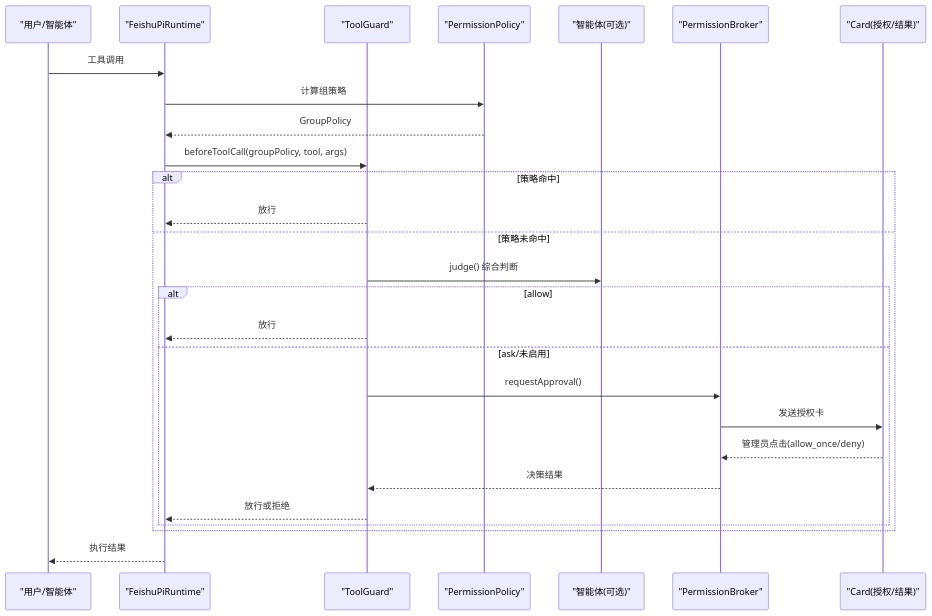
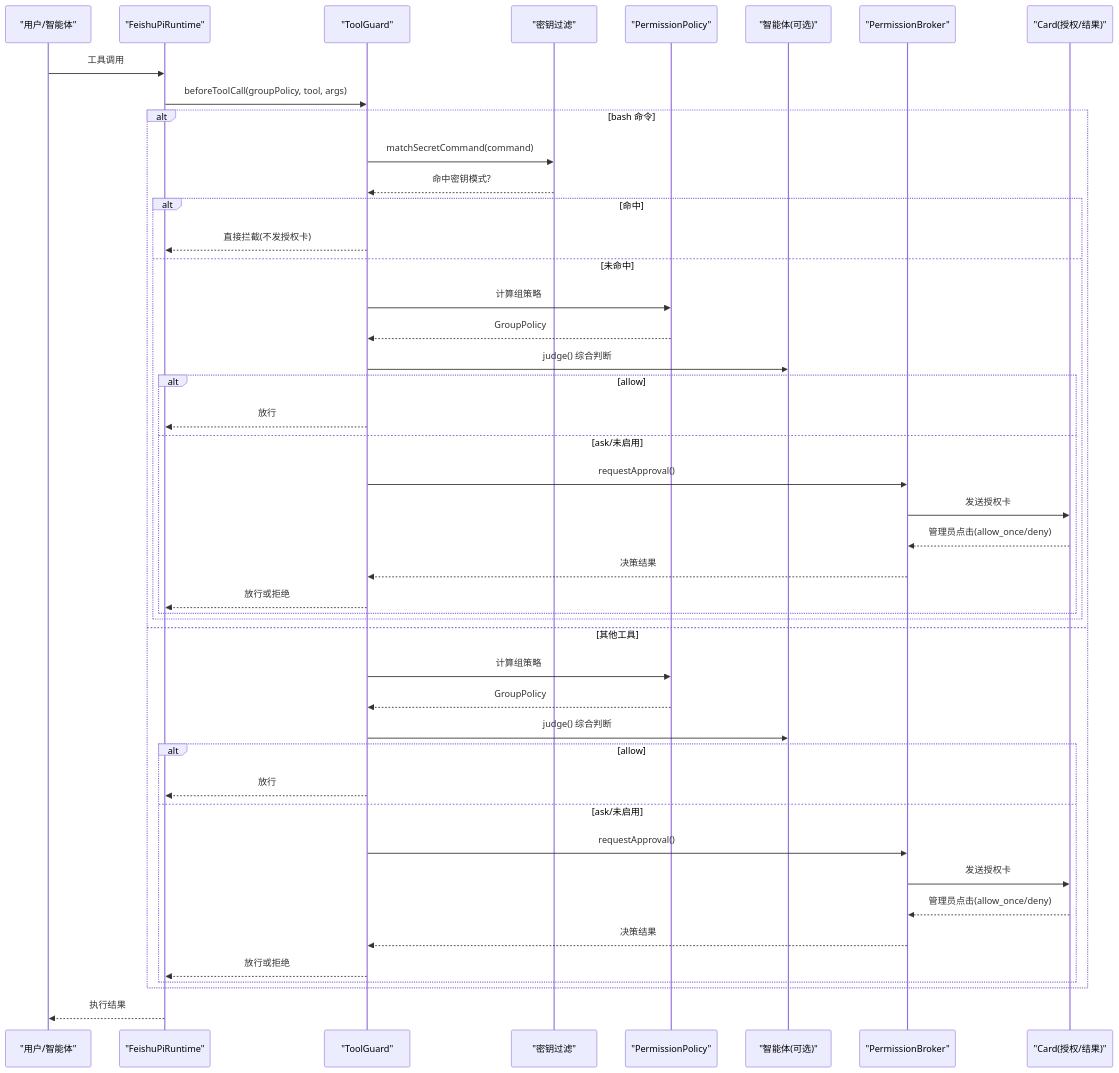
One commit to HeXiaoShu520/feishu-pi changed the second of 7 diagrams in .qoder/repowiki/zh/content/脚本工具系统/安全控制/安全控制.md. Above: the diagram before and after it, drawn with Mermaid. The commit also changed other lines of this file and 47 other files, not shown here.

````diff
--- a/.qoder/repowiki/zh/content/脚本工具系统/安全控制/安全控制.md
+++ b/.qoder/repowiki/zh/content/脚本工具系统/安全控制/安全控制.md
@@ -132,29 +157,47 @@
 ```mermaid
 sequenceDiagram
 participant U as "用户/智能体"
 participant R as "FeishuPiRuntime"
 participant G as "ToolGuard"
+participant KF as "密钥过滤"
 participant P as "PermissionPolicy"
 participant J as "智能体(可选)"
 participant B as "PermissionBroker"
 participant C as "Card(授权/结果)"
 U->>R : 工具调用
-R->>P : 计算组策略
-P-->>R : GroupPolicy
 R->>G : beforeToolCall(groupPolicy, tool, args)
-alt 策略命中
+alt bash 命令
+G->>KF : matchSecretCommand(command)
+KF-->>G : 命中密钥模式?
+alt 命中
+G-->>R : 直接拦截(不发授权卡)
+else 未命中
+G->>P : 计算组策略
+P-->>G : GroupPolicy
+G->>J : judge() 综合判断
+alt allow
 G-->>R : 放行
-else 策略未命中
+else ask/未启用
+G->>B : requestApproval()
+B->>C : 发送授权卡
+C-->>B : 管理员点击(allow_once/deny)
+B-->>G : 决策结果
+G-->>R : 放行或拒绝
+end
+end
+else 其他工具
+G->>P : 计算组策略
+P-->>G : GroupPolicy
 G->>J : judge() 综合判断
 alt allow
 G-->>R : 放行
 else ask/未启用
 G->>B : requestApproval()
 B->>C : 发送授权卡
 C-->>B : 管理员点击(allow_once/deny)
 B-->>G : 决策结果
 G-->>R : 放行或拒绝
 end
 end
 R-->>U : 执行结果
 ```
````
